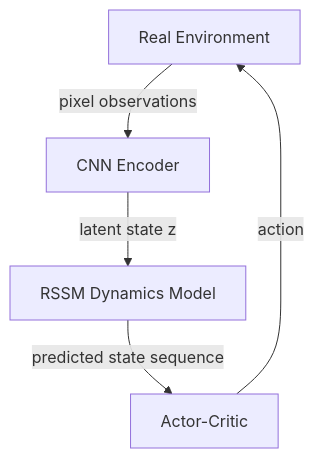
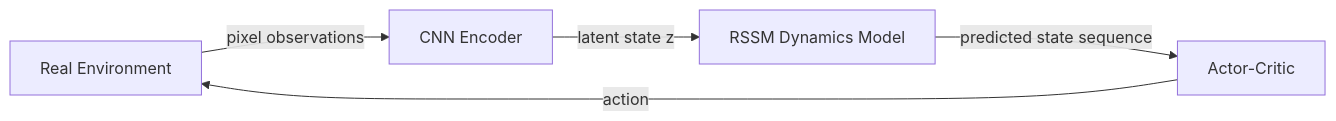
The diagram in docs/en/lectures/lecture-02-encode-and-dynamics/03-dynamics-dreamer-series.md (datawhalechina/learn-world-model), drawn with Mermaid before and after one commit. The commit also changed 3 other files, not shown here.

Commit message:
Refactor mermaid diagrams for clarity and consistency across encoding and dynamics lectures

````diff
--- a/docs/en/lectures/lecture-02-encode-and-dynamics/03-dynamics-dreamer-series.md
+++ b/docs/en/lectures/lecture-02-encode-and-dynamics/03-dynamics-dreamer-series.md
@@ -49,7 +49,7 @@
 ```mermaid
-flowchart TD
+flowchart LR
     E[Real Environment] -->|pixel observations| V[CNN Encoder]
     V -->|latent state z| R[RSSM Dynamics Model]
     R -->|predicted state sequence| AC[Actor-Critic]
     AC -->|action| E
 ```
````
